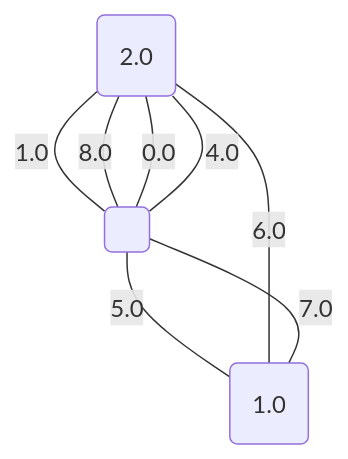
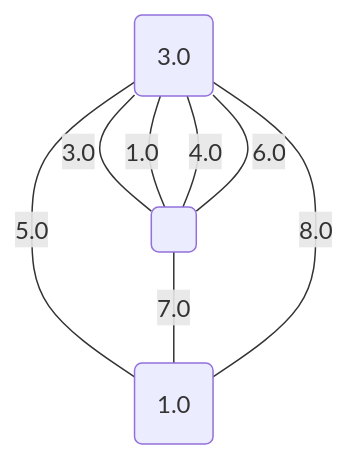
One commit to metury/graphs changed diagram 15 of 17 in project/src/testing/minCutPetersen.md. Above: the diagram before and after it, drawn with Mermaid. The commit also changed other lines of this file and 50 other files, not shown here.

````diff
--- a/project/src/testing/minCutPetersen.md
+++ b/project/src/testing/minCutPetersen.md
@@ -374,13 +374,13 @@
 ```mermaid
 graph TD;
 0("1.0");
-1("2.0");
+1("3.0");
 2(" ");
-	2 -- "0.0" --- 1;
-	1 -- "1.0" --- 2;
+	2 -- "1.0" --- 1;
+	1 -- "3.0" --- 2;
 	2 -- "4.0" --- 1;
-	2 -- "5.0" --- 0;
-	1 -- "6.0" --- 0;
+	1 -- "5.0" --- 0;
+	2 -- "6.0" --- 1;
 	2 -- "7.0" --- 0;
-	1 -- "8.0" --- 2;
+	1 -- "8.0" --- 0;
 ```
````
